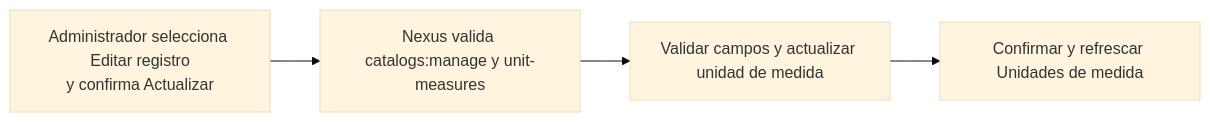
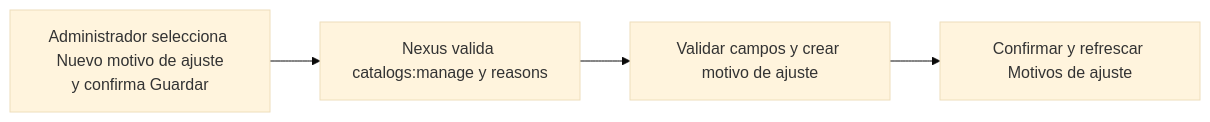
Before and after one commit to gpgsistemas01/nexus: the diagram in docs/requirements/diagrams/catalogs/cu-cat-38.md, drawn with Mermaid (base theme). The commit also changed other lines of this file and 207 other files, not shown here.

````diff
--- a/docs/requirements/diagrams/catalogs/cu-cat-38.md
+++ b/docs/requirements/diagrams/catalogs/cu-cat-38.md
@@ -3,6 +3,6 @@
 ```mermaid
 flowchart LR
-    request["Administrador selecciona Editar registro<br/>y confirma Actualizar"] --> authorize["Nexus valida catalogs:manage y unit-measures"]
-    authorize --> persist["Validar campos y actualizar unidad de medida"]
-    persist --> result["Confirmar y refrescar Unidades de medida"]
+    request["Administrador selecciona Nuevo motivo de ajuste<br/>y confirma Guardar"] --> authorize["Nexus valida catalogs:manage y reasons"]
+    authorize --> persist["Validar campos y crear motivo de ajuste"]
+    persist --> result["Confirmar y refrescar Motivos de ajuste"]
 ```
````
